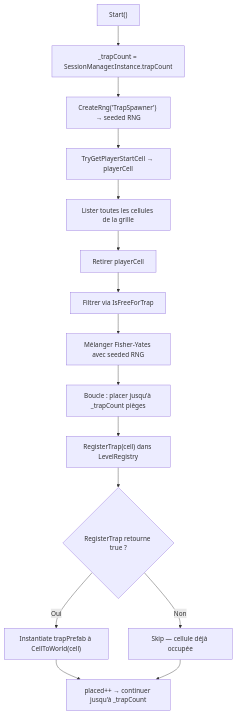
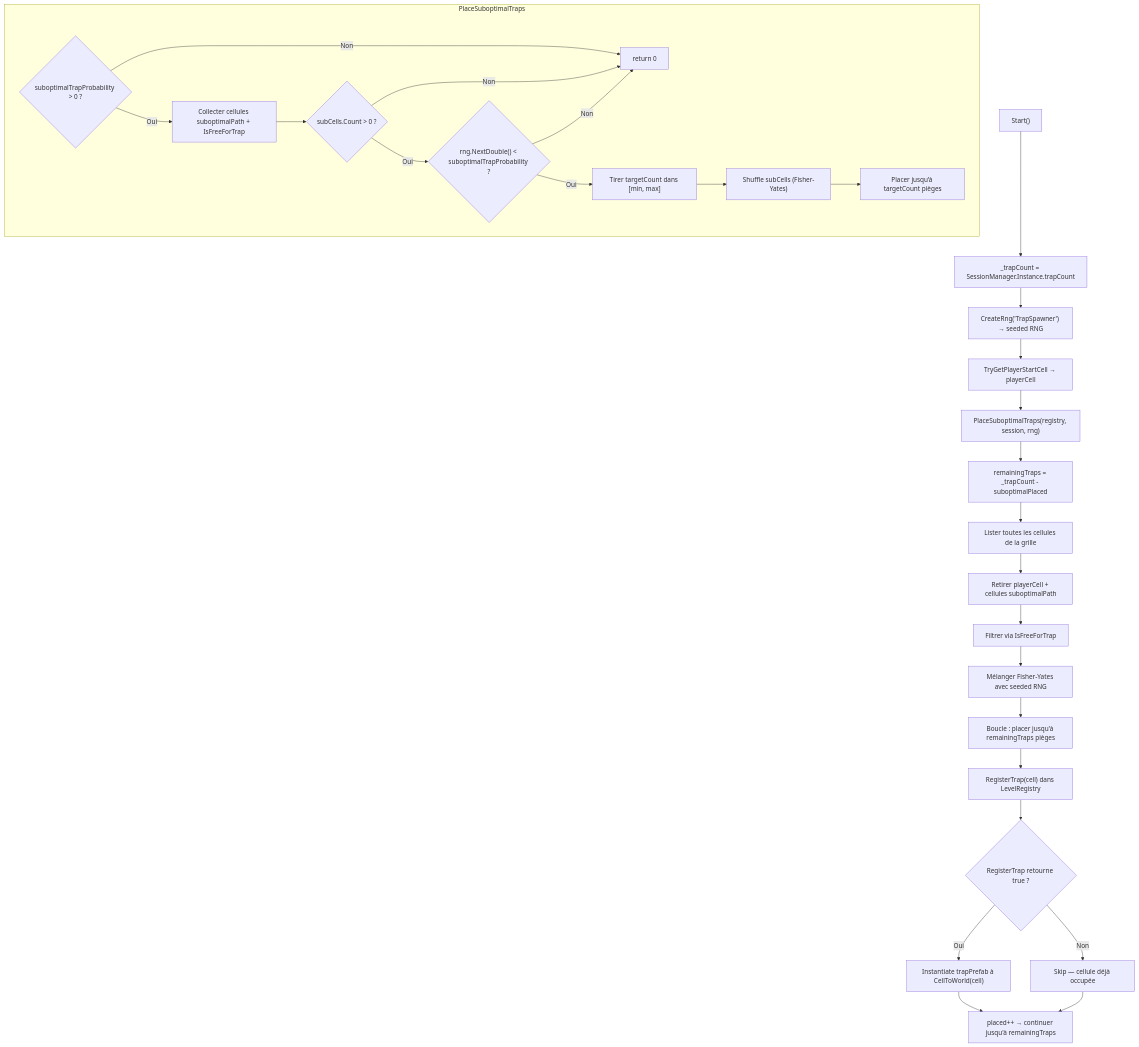
One commit to PierreChagnon/BUGS changed the seventh of 19 diagrams in Docs/TDD.md. Above: the diagram before and after it, drawn with Mermaid. The commit also changed other lines of this file, not shown here.

````diff
--- a/Docs/TDD.md
+++ b/Docs/TDD.md
@@ -574,17 +587,33 @@
 ```mermaid
 graph TD
     A["Start()"] --> A1["_trapCount = SessionManager.Instance.trapCount"]
     A1 --> A2["CreateRng('TrapSpawner') → seeded RNG"]
     A2 --> B["TryGetPlayerStartCell → playerCell"]
-    B --> C["Lister toutes les cellules de la grille"]
-    C --> D["Retirer playerCell"]
-    D --> E["Filtrer via IsFreeForTrap"]
+    B --> SUB["PlaceSuboptimalTraps(registry, session, rng)"]
+
+    subgraph "PlaceSuboptimalTraps"
+        SUB1{"suboptimalTrapProbability > 0 ?"}
+        SUB1 -->|Non| SUB_END["return 0"]
+        SUB1 -->|Oui| SUB2["Collecter cellules suboptimalPath + IsFreeForTrap"]
+        SUB2 --> SUB3{"subCells.Count > 0 ?"}
+        SUB3 -->|Non| SUB_END
+        SUB3 -->|Oui| SUB4{"rng.NextDouble() < suboptimalTrapProbability ?"}
+        SUB4 -->|Non| SUB_END
+        SUB4 -->|Oui| SUB5["Tirer targetCount dans [min, max]"]
+        SUB5 --> SUB6["Shuffle subCells (Fisher-Yates)"]
+        SUB6 --> SUB7["Placer jusqu’à targetCount pièges"]
+    end
+
+    SUB --> C["remainingTraps = _trapCount - suboptimalPlaced"]
+    C --> D["Lister toutes les cellules de la grille"]
+    D --> D2["Retirer playerCell + cellules suboptimalPath"]
+    D2 --> E["Filtrer via IsFreeForTrap"]
     E --> F["Mélanger Fisher-Yates avec seeded RNG"]
-    F --> G["Boucle : placer jusqu'à _trapCount pièges"]
+    F --> G["Boucle : placer jusqu'à remainingTraps pièges"]
     G --> H["RegisterTrap(cell) dans LevelRegistry"]
     H --> I{RegisterTrap retourne true ?}
     I -->|Oui| J["Instantiate trapPrefab à CellToWorld(cell)"]
     I -->|Non| K[Skip — cellule déjà occupée]
-    J --> L["placed++ → continuer jusqu'à _trapCount"]
+    J --> L["placed++ → continuer jusqu'à remainingTraps"]
     K --> L
 ```
````
